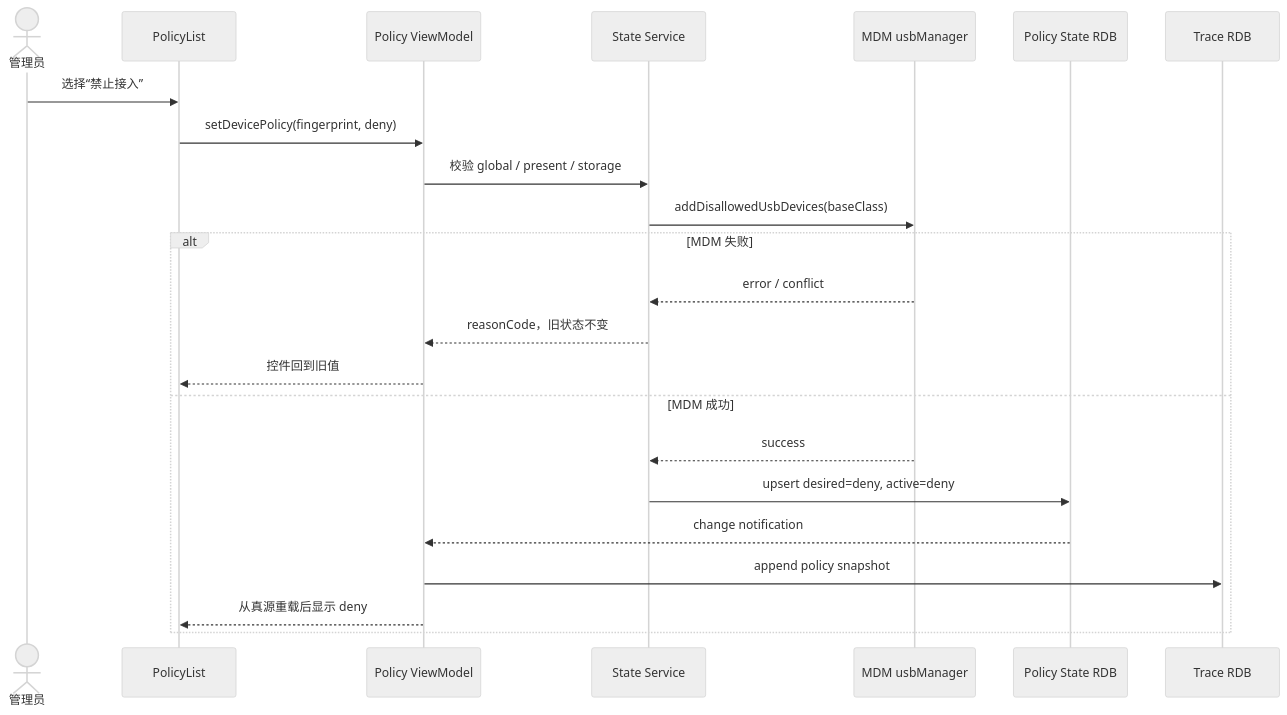
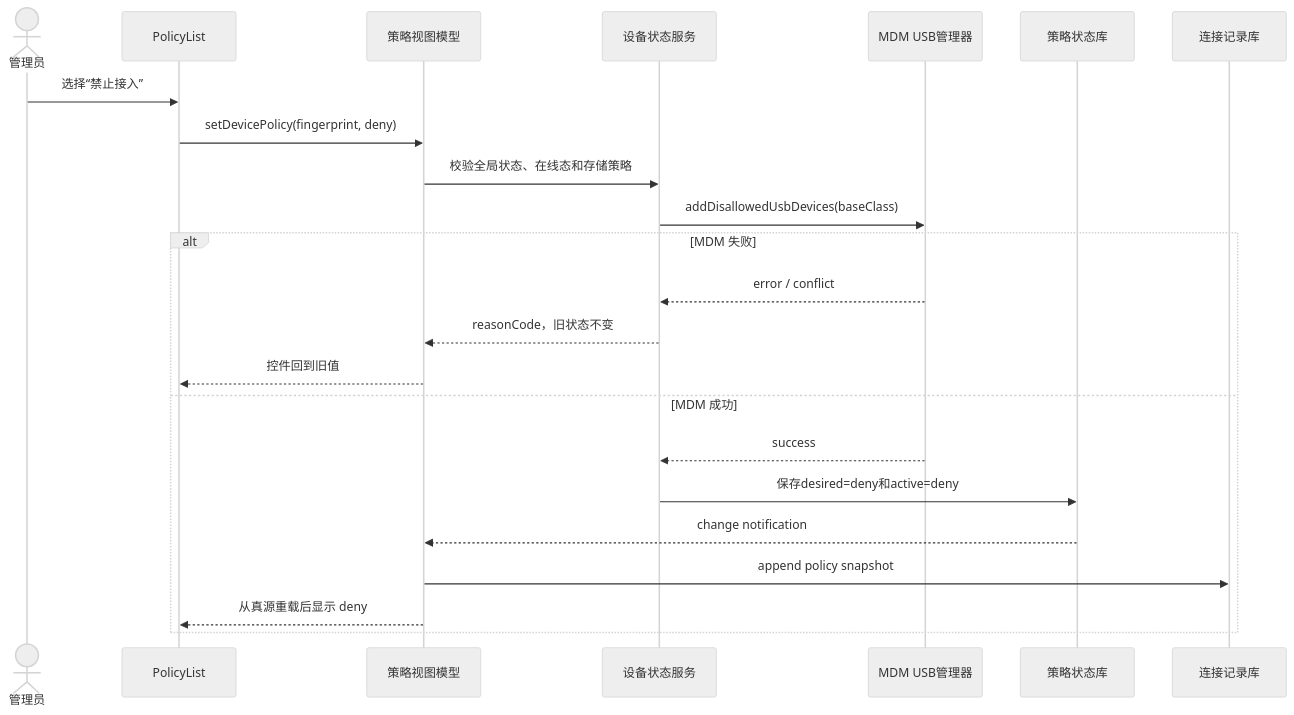
One commit to xiaomu120413/harmonyos-sdd-ralph-workshop changed the first of 2 diagrams in case-materials/mdm/02-方案推导与决策记录.md. Above: the diagram before and after it, drawn with Mermaid (neutral theme). The commit also changed other lines of this file and 7 other files, not shown here.

````diff
--- a/case-materials/mdm/02-方案推导与决策记录.md
+++ b/case-materials/mdm/02-方案推导与决策记录.md
@@ -132,26 +132,26 @@
 ```mermaid
 sequenceDiagram
   actor U as 管理员
   participant V as PolicyList
-  participant VM as Policy ViewModel
-  participant S as State Service
-  participant M as MDM usbManager
-  participant R as Policy State RDB
-  participant T as Trace RDB
+  participant VM as 策略视图模型
+  participant S as 设备状态服务
+  participant M as MDM USB管理器
+  participant R as 策略状态库
+  participant T as 连接记录库
 
   U->>V: 选择“禁止接入”
   V->>VM: setDevicePolicy(fingerprint, deny)
-  VM->>S: 校验 global / present / storage
+  VM->>S: 校验全局状态、在线态和存储策略
   S->>M: addDisallowedUsbDevices(baseClass)
   alt MDM 失败
     M-->>S: error / conflict
     S-->>VM: reasonCode，旧状态不变
     VM-->>V: 控件回到旧值
   else MDM 成功
     M-->>S: success
-    S->>R: upsert desired=deny, active=deny
+    S->>R: 保存desired=deny和active=deny
     R-->>VM: change notification
     VM->>T: append policy snapshot
     VM-->>V: 从真源重载后显示 deny
   end
 ```
````
